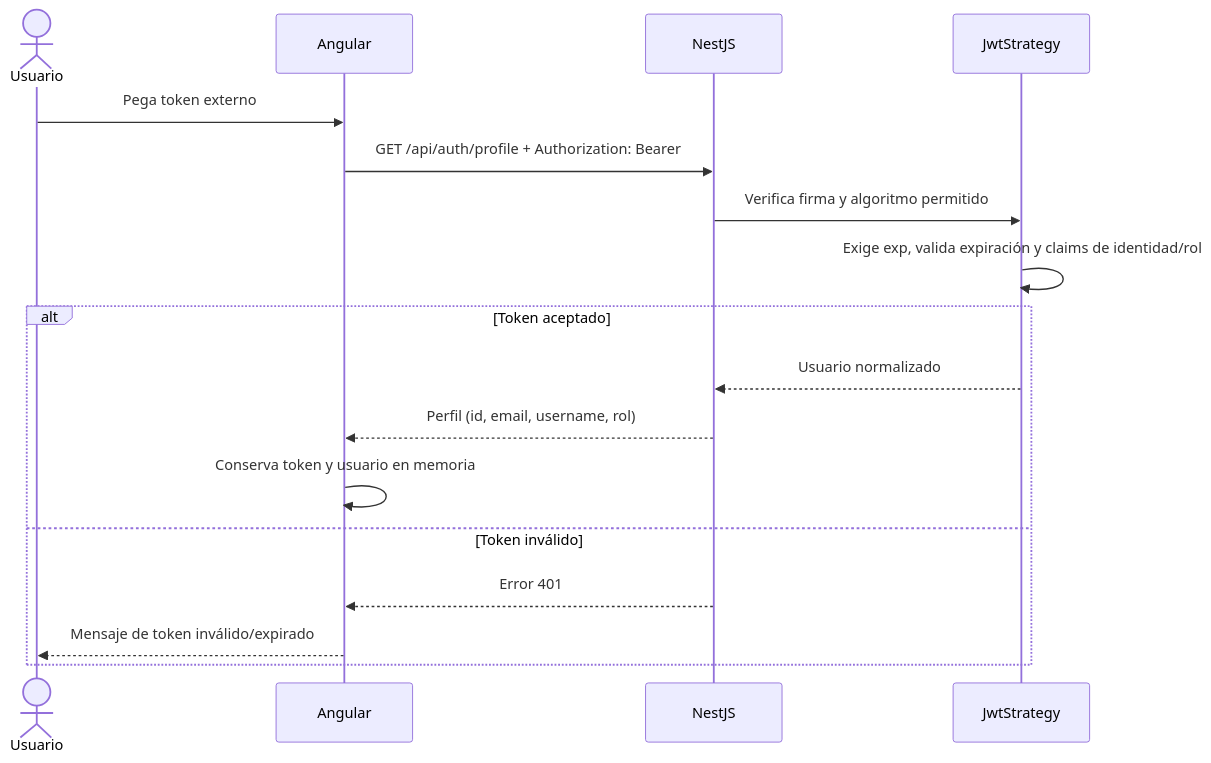
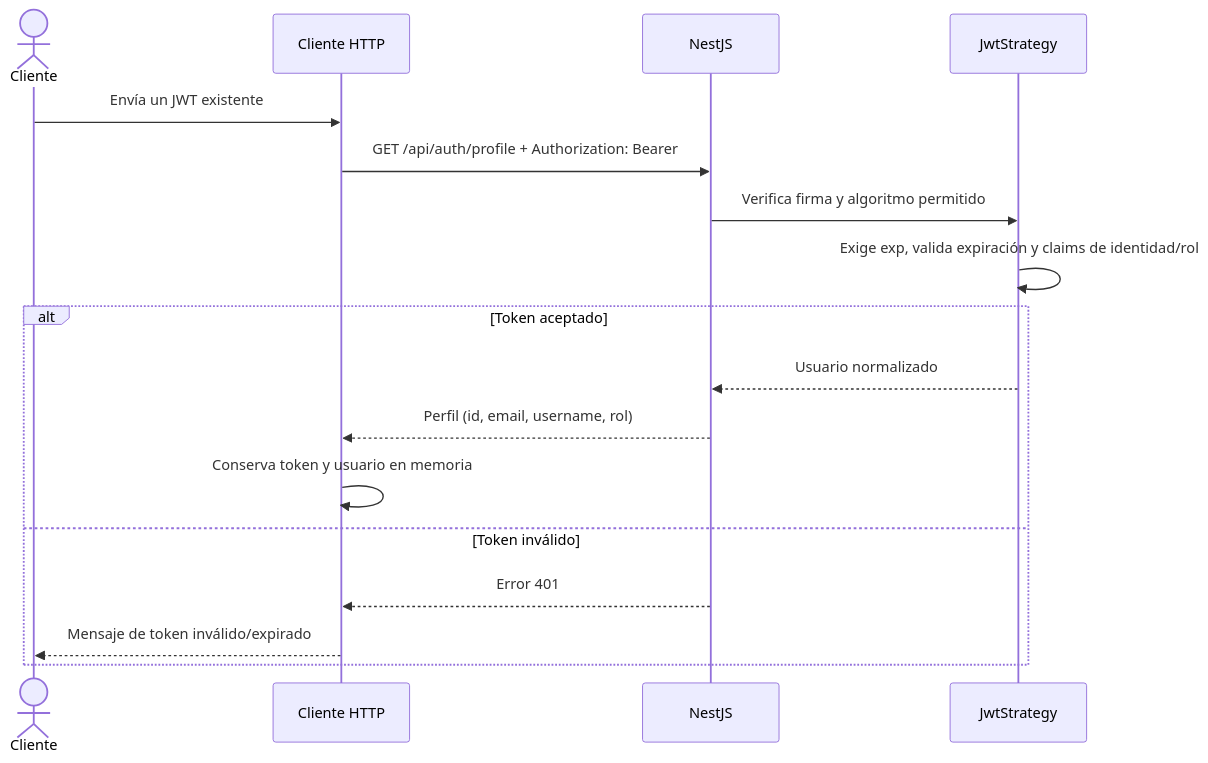
The fourth of 5 diagrams in docs/DOCUMENTACION_TECNICA.md (guardiasofia/pps-proyecto), drawn with Mermaid before and after one commit. The commit also changed other lines of this file and 21 other files, not shown here.

````diff
--- a/docs/DOCUMENTACION_TECNICA.md
+++ b/docs/DOCUMENTACION_TECNICA.md
@@ -224,20 +253,20 @@
 ```mermaid
 sequenceDiagram
-    actor U as Usuario
-    participant FE as Angular
+    actor U as Cliente
+    participant FE as Cliente HTTP
     participant API as NestJS
     participant JWT as JwtStrategy
 
-    U->>FE: Pega token externo
+    U->>FE: Envía un JWT existente
     FE->>API: GET /api/auth/profile + Authorization: Bearer
     API->>JWT: Verifica firma y algoritmo permitido
     JWT->>JWT: Exige exp, valida expiración y claims de identidad/rol
     alt Token aceptado
         JWT-->>API: Usuario normalizado
         API-->>FE: Perfil (id, email, username, rol)
         FE->>FE: Conserva token y usuario en memoria
     else Token inválido
         API-->>FE: Error 401
         FE-->>U: Mensaje de token inválido/expirado
     end
 ```
````
